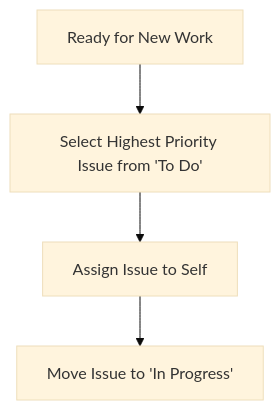
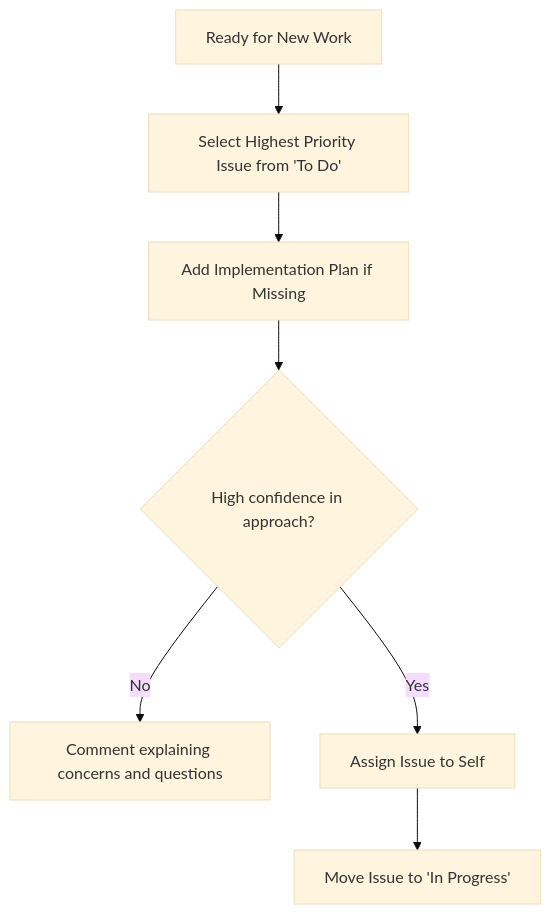
One commit to willgriffin/company-as-code changed the fourth of 8 diagrams in WORKFLOW.md. Above: the diagram before and after it, drawn with Mermaid (base theme). The commit also changed other lines of this file and 1 other file, not shown here.

Commit message:
enhance: improve issue command automation and feedback
- Auto-progress new issues when clear, valid, and actionable

- Auto-progress backlog issues when Definition of Ready is met

- Add implementation plans for to-do stage issues

- Add comments when issues aren't ready or confidence is low

- Sync WORKFLOW.md with updated automation behavior

````diff
--- a/WORKFLOW.md
+++ b/WORKFLOW.md
@@ -241,6 +244,9 @@
 ```mermaid
 graph TD
     A[Ready for New Work] --> B[Select Highest Priority Issue from 'To Do'];
-    B --> C[Assign Issue to Self];
-    C --> D[Move Issue to 'In Progress'];
+    B --> C[Add Implementation Plan if Missing];
+    C --> D{High confidence in approach?};
+    D -- No --> E[Comment explaining concerns and questions];
+    D -- Yes --> F[Assign Issue to Self];
+    F --> G[Move Issue to 'In Progress'];
 ```
````
